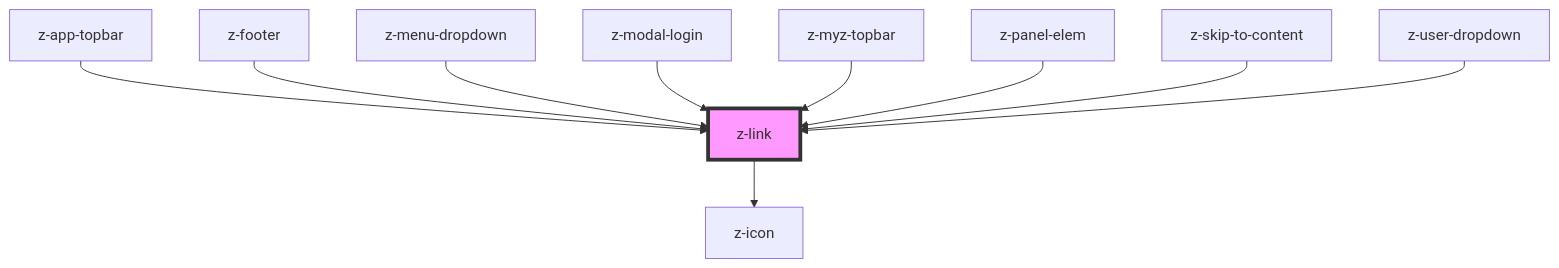
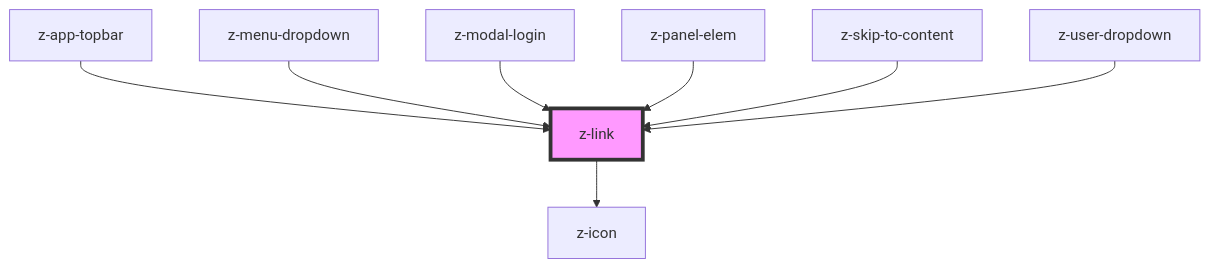
The diagram in src/components/navigation/z-link/readme.md (ZanichelliEditore/design-system), drawn with Mermaid before and after one commit. The commit also changed other lines of this file and 22 other files, not shown here.

````diff
--- a/src/components/navigation/z-link/readme.md
+++ b/src/components/navigation/z-link/readme.md
@@ -66,13 +64,11 @@
 ```mermaid
 graph TD;
   z-link --> z-icon
   z-app-topbar --> z-link
-  z-footer --> z-link
   z-menu-dropdown --> z-link
   z-modal-login --> z-link
-  z-myz-topbar --> z-link
   z-panel-elem --> z-link
   z-skip-to-content --> z-link
   z-user-dropdown --> z-link
   style z-link fill:#f9f,stroke:#333,stroke-width:4px
 ```
````
